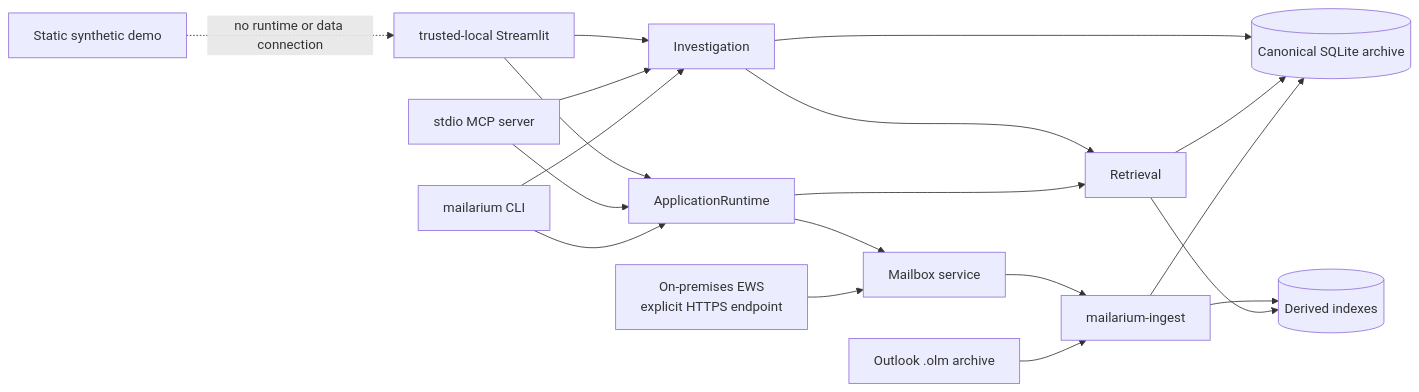
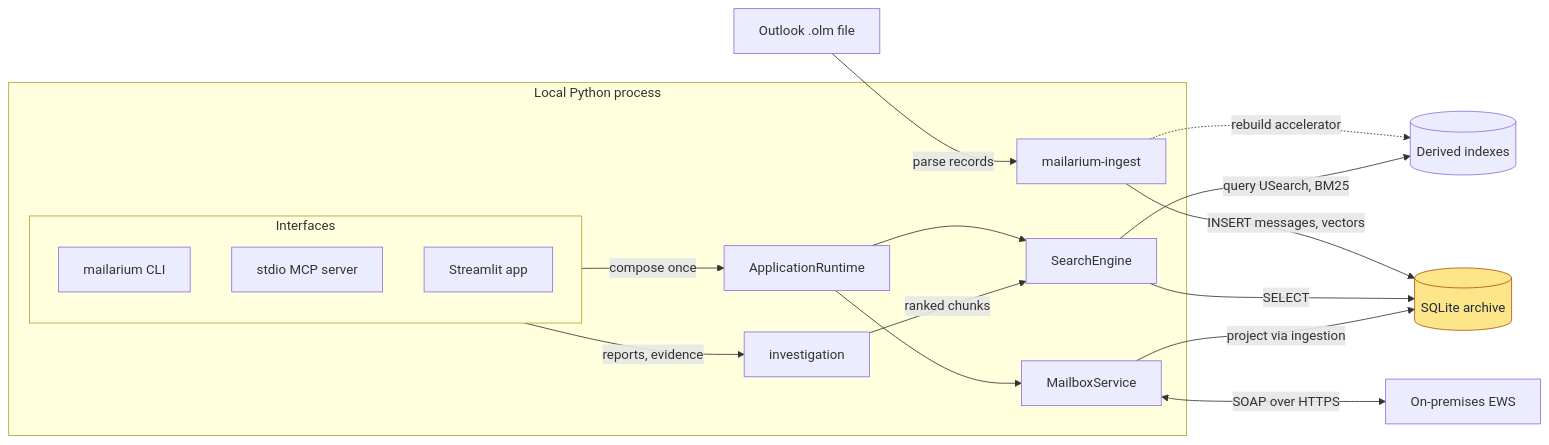
Before and after one commit to sebastianspicker/mailarium-olm: the first of 7 diagrams in docs/ARCHITECTURE.md, drawn with Mermaid. The commit also changed other lines of this file and 1 other file, not shown here.

First line of the commit message:
Document runtime, user journeys, data model and CI in ARCHITECTURE.md

````diff
--- a/docs/ARCHITECTURE.md
+++ b/docs/ARCHITECTURE.md
@@ -11,23 +18,35 @@
 ```mermaid
 flowchart LR
-    OLM["Outlook .olm archive"] --> Ingest["mailarium-ingest"]
-    EWS["On-premises EWS<br/>explicit HTTPS endpoint"] --> Mailbox["Mailbox service"]
-    Ingest --> SQLite[("Canonical SQLite archive")]
-    Mailbox --> Ingest
+    OLM["Outlook .olm file"]
+    EWS["On-premises EWS"]
+    subgraph proc [Local Python process]
+        Ingest["mailarium-ingest"]
+        subgraph ifaces [Interfaces]
+            CLI["mailarium CLI"]
+            MCP["stdio MCP server"]
+            Web["Streamlit app"]
+        end
+        Runtime["ApplicationRuntime"]
+        Search["SearchEngine"]
+        Investigation["investigation"]
+        Mailbox["MailboxService"]
+    end
+    SQLite[("SQLite archive")]
+    Derived[("Derived indexes")]
 
-    CLI["mailarium CLI"] --> Runtime["ApplicationRuntime"]
-    MCP["stdio MCP server"] --> Runtime
-    Web["trusted-local Streamlit"] --> Runtime
-    Runtime --> Search["Retrieval"]
+    OLM -->|parse records| Ingest
+    Ingest -->|"INSERT messages, vectors"| SQLite
+    Ingest -.->|rebuild accelerator| Derived
+    ifaces -->|compose once| Runtime
+    Runtime --> Search
     Runtime --> Mailbox
-    CLI --> Investigation["Investigation"]
-    MCP --> Investigation
-    Web --> Investigation
-    Search --> SQLite
-    Investigation --> SQLite
-    Investigation --> Search
-    Search --> Derived[("Derived indexes")]
-    Ingest --> Derived
+    ifaces -->|"reports, evidence"| Investigation
+    Investigation -->|ranked chunks| Search
+    Search -->|"query USearch, BM25"| Derived
+    Search -->|SELECT| SQLite
+    Mailbox <-->|"SOAP over HTTPS"| EWS
+    Mailbox -->|project via ingestion| SQLite
 
-    Demo["Static synthetic demo"] -. "no runtime or data connection" .-> Web
+    classDef focus fill:#fde68a,stroke:#b45309,color:#1f2937
+    class SQLite focus
 ```
````
